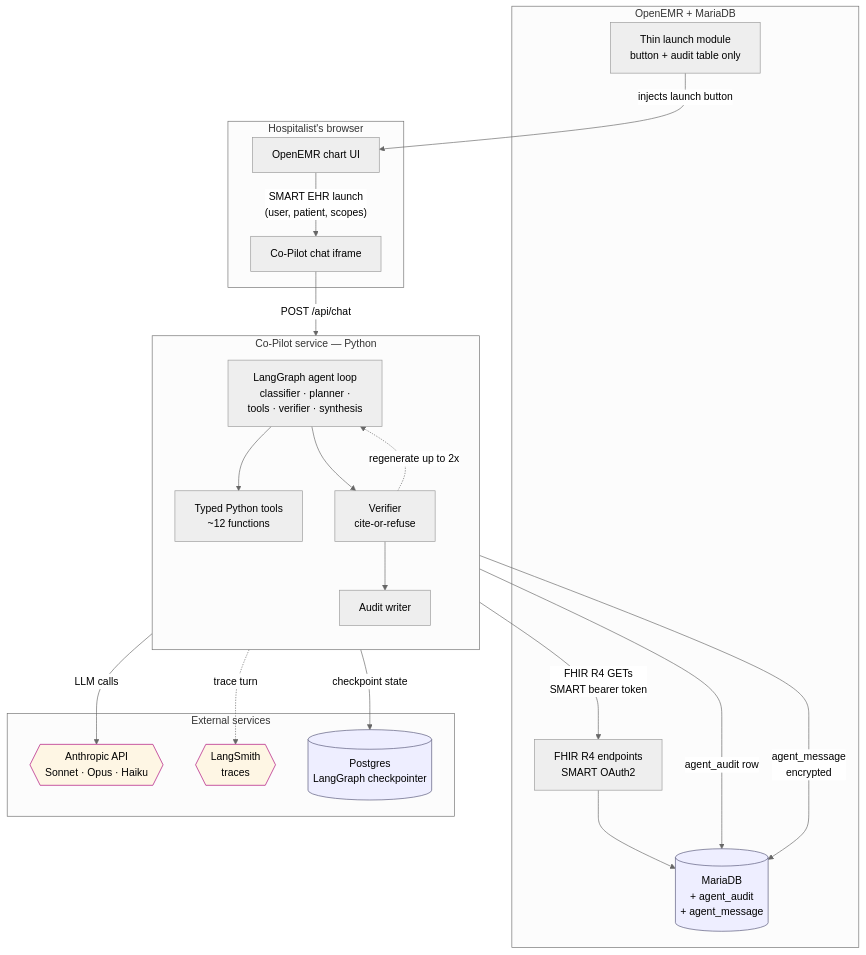
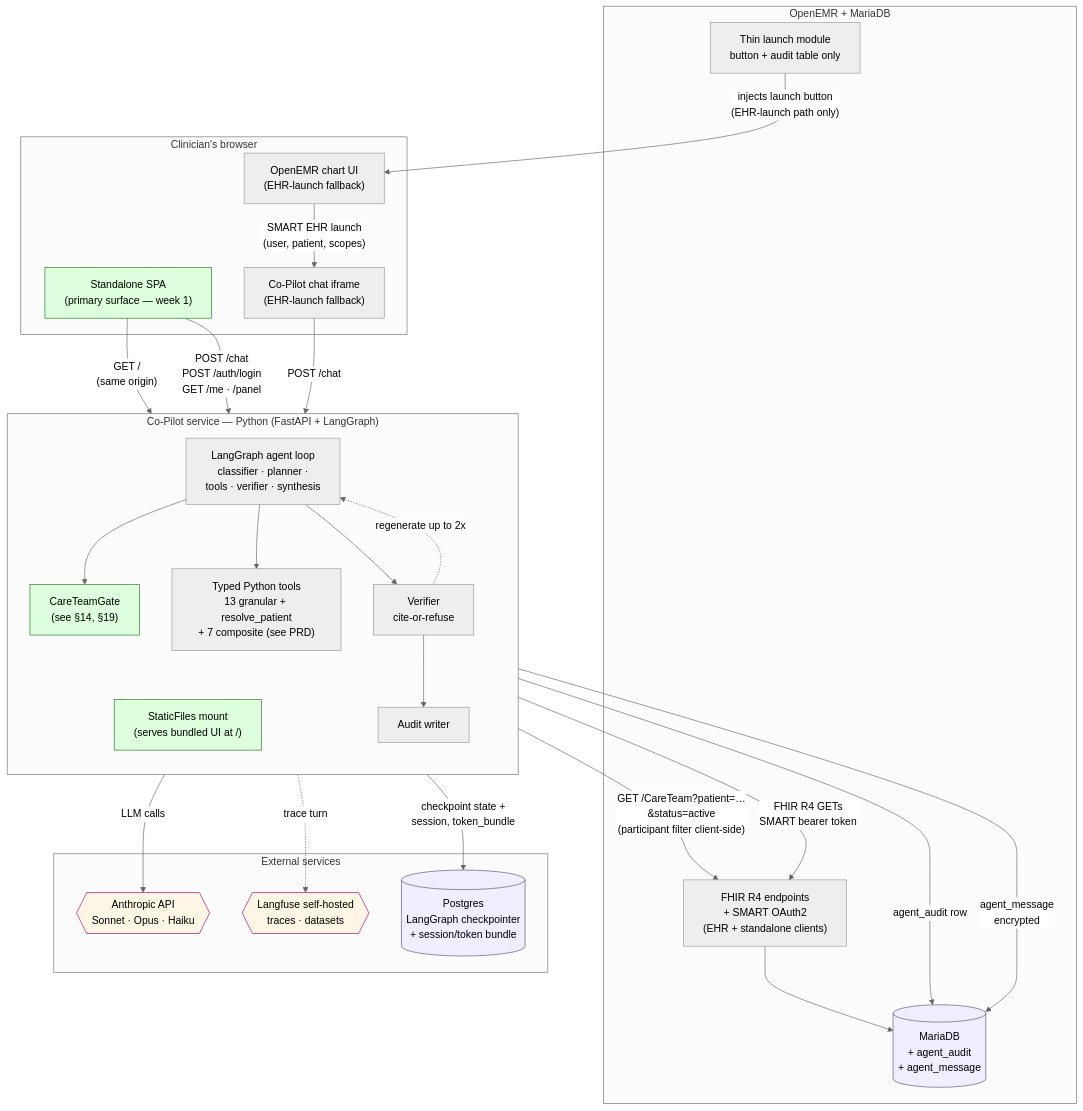
Before and after one commit to junaama/clinical-copilot: the first of 4 diagrams in ARCHITECTURE.md, drawn with Mermaid (neutral theme). The commit also changed other lines of this file and 12 other files, not shown here.

````diff
--- a/ARCHITECTURE.md
+++ b/ARCHITECTURE.md
@@ -575,47 +744,56 @@
 ```mermaid
 flowchart TB
-    subgraph Browser["Hospitalist's browser"]
-        Chart["OpenEMR chart UI"]
-        Iframe["Co-Pilot chat iframe"]
+    subgraph Browser["Clinician's browser"]
+        SPA["Standalone SPA<br/>(primary surface — week 1)"]
+        Chart["OpenEMR chart UI<br/>(EHR-launch fallback)"]
+        Iframe["Co-Pilot chat iframe<br/>(EHR-launch fallback)"]
     end
 
-    subgraph CoPilot["Co-Pilot service — Python"]
+    subgraph CoPilot["Co-Pilot service — Python (FastAPI + LangGraph)"]
         direction TB
+        Static["StaticFiles mount<br/>(serves bundled UI at /)"]
         LG["LangGraph agent loop<br/>classifier · planner ·<br/>tools · verifier · synthesis"]
-        Tools["Typed Python tools<br/>~12 functions"]
+        Gate["CareTeamGate<br/>(see §14, §19)"]
+        Tools["Typed Python tools<br/>13 granular + resolve_patient<br/>+ 7 composite (see PRD)"]
         Verifier["Verifier<br/>cite-or-refuse"]
         Audit["Audit writer"]
     end
 
     subgraph OpenEMR["OpenEMR + MariaDB"]
-        FHIR["FHIR R4 endpoints<br/>SMART OAuth2"]
+        FHIR["FHIR R4 endpoints<br/>+ SMART OAuth2<br/>(EHR + standalone clients)"]
         DB[("MariaDB<br/>+ agent_audit<br/>+ agent_message")]
         Module["Thin launch module<br/>button + audit table only"]
     end
 
     subgraph External["External services"]
         Anthropic{{"Anthropic API<br/>Sonnet · Opus · Haiku"}}
-        LangSmith{{"LangSmith<br/>traces"}}
-        PG[("Postgres<br/>LangGraph checkpointer")]
+        Langfuse{{"Langfuse self-hosted<br/>traces · datasets"}}
+        PG[("Postgres<br/>LangGraph checkpointer<br/>+ session/token bundle")]
     end
 
+    SPA -->|"GET /<br/>(same origin)"| Static
+    SPA -->|"POST /chat<br/>POST /auth/login<br/>GET /me · /panel"| LG
     Chart -->|"SMART EHR launch<br/>(user, patient, scopes)"| Iframe
-    Iframe -->|"POST /api/chat"| LG
+    Iframe -->|"POST /chat"| LG
+    LG --> Gate
+    Gate -->|"GET /CareTeam?patient=…&status=active<br/>(participant filter client-side)"| FHIR
     LG --> Tools
     Tools -->|"FHIR R4 GETs<br/>SMART bearer token"| FHIR
     FHIR --> DB
     LG -->|"LLM calls"| Anthropic
     LG --> Verifier
     Verifier -.->|"regenerate up to 2x"| LG
     Verifier --> Audit
     Audit -->|"agent_audit row"| DB
     Audit -->|"agent_message<br/>encrypted"| DB
-    LG -->|"checkpoint state"| PG
-    LG -.->|"trace turn"| LangSmith
-    Module -->|"injects launch button"| Chart
+    LG -->|"checkpoint state +<br/>session, token_bundle"| PG
+    LG -.->|"trace turn"| Langfuse
+    Module -->|"injects launch button<br/>(EHR-launch path only)"| Chart
 
     classDef store fill:#eef,stroke:#557
     classDef external fill:#fef6e4,stroke:#a07
+    classDef primary fill:#dfd,stroke:#272
     class DB,PG store
-    class Anthropic,LangSmith external
+    class Anthropic,Langfuse external
+    class SPA,Static,Gate primary
 ```
````
